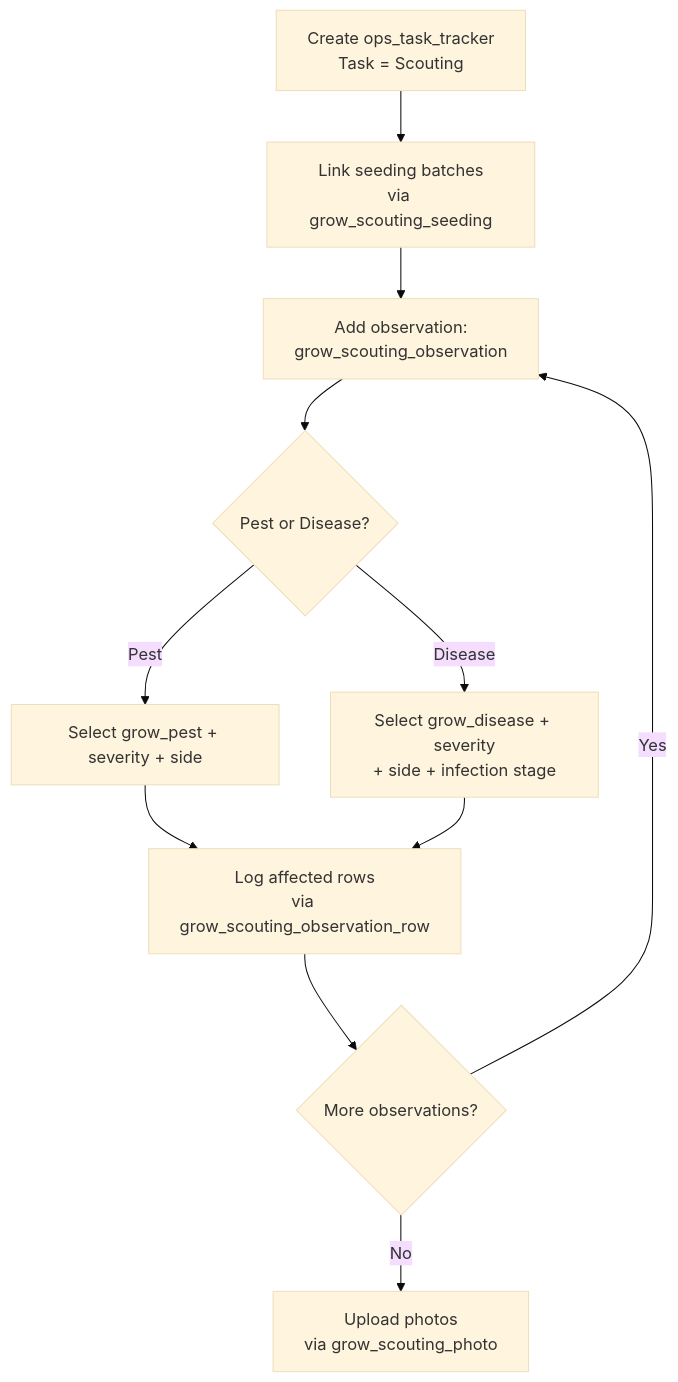
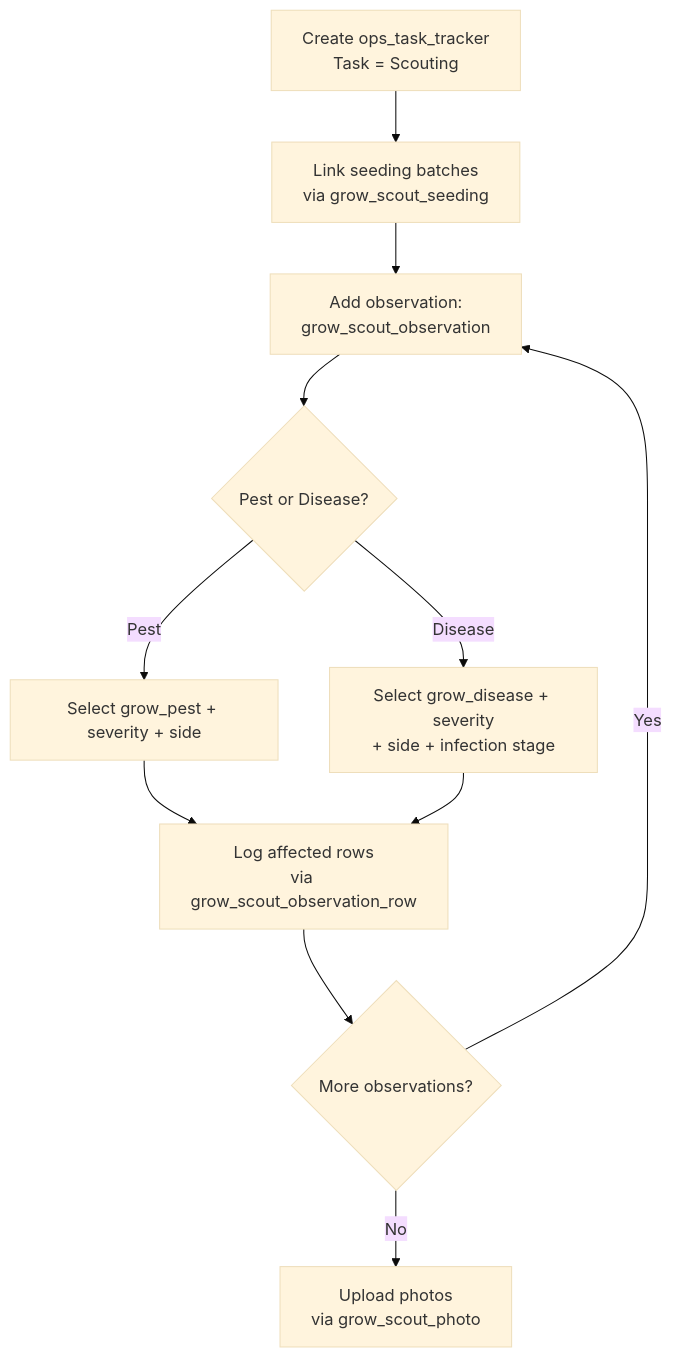
One commit to Hawaii-Farming/aloha-app changed the diagram in docs/processes/20260324_05_grow_scouting_workflow.md. Above: the diagram before and after it, drawn with Mermaid (base theme). The commit also changed other lines of this file and 24 other files, not shown here.

First line of the commit message:
Rename grow activity tables: seeding→seed_batch, harvesting→harvest, scouting→scout, spraying→spray

````diff
--- a/docs/processes/20260324_05_grow_scouting_workflow.md
+++ b/docs/processes/20260324_05_grow_scouting_workflow.md
@@ -49,13 +49,13 @@
 ```mermaid
 flowchart TD
-    A[Create ops_task_tracker\nTask = Scouting] --> B[Link seeding batches\nvia grow_scouting_seeding]
-    B --> C[Add observation:\ngrow_scouting_observation]
+    A[Create ops_task_tracker\nTask = Scouting] --> B[Link seeding batches\nvia grow_scout_seeding]
+    B --> C[Add observation:\ngrow_scout_observation]
     C --> D{Pest or Disease?}
     D -->|Pest| E[Select grow_pest + severity + side]
     D -->|Disease| F[Select grow_disease + severity\n+ side + infection stage]
-    E --> G[Log affected rows\nvia grow_scouting_observation_row]
+    E --> G[Log affected rows\nvia grow_scout_observation_row]
     F --> G
     G --> H{More observations?}
     H -->|Yes| C
-    H -->|No| I[Upload photos\nvia grow_scouting_photo]
+    H -->|No| I[Upload photos\nvia grow_scout_photo]
 ```
````
